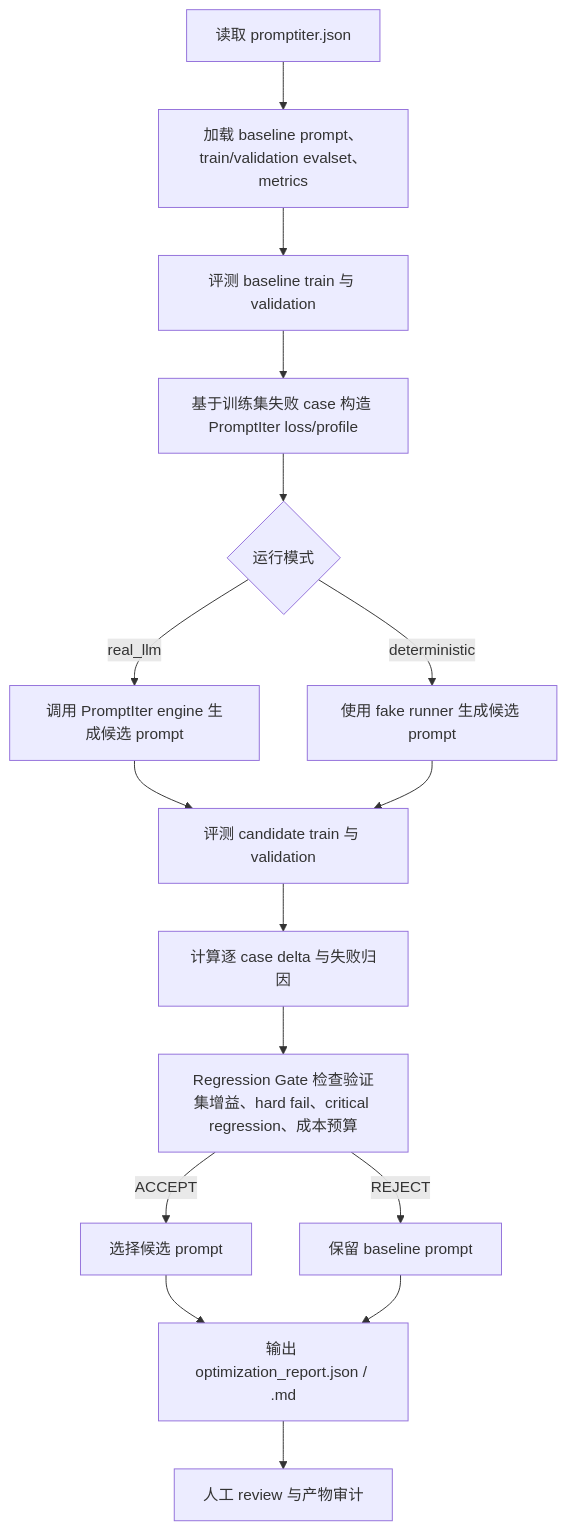
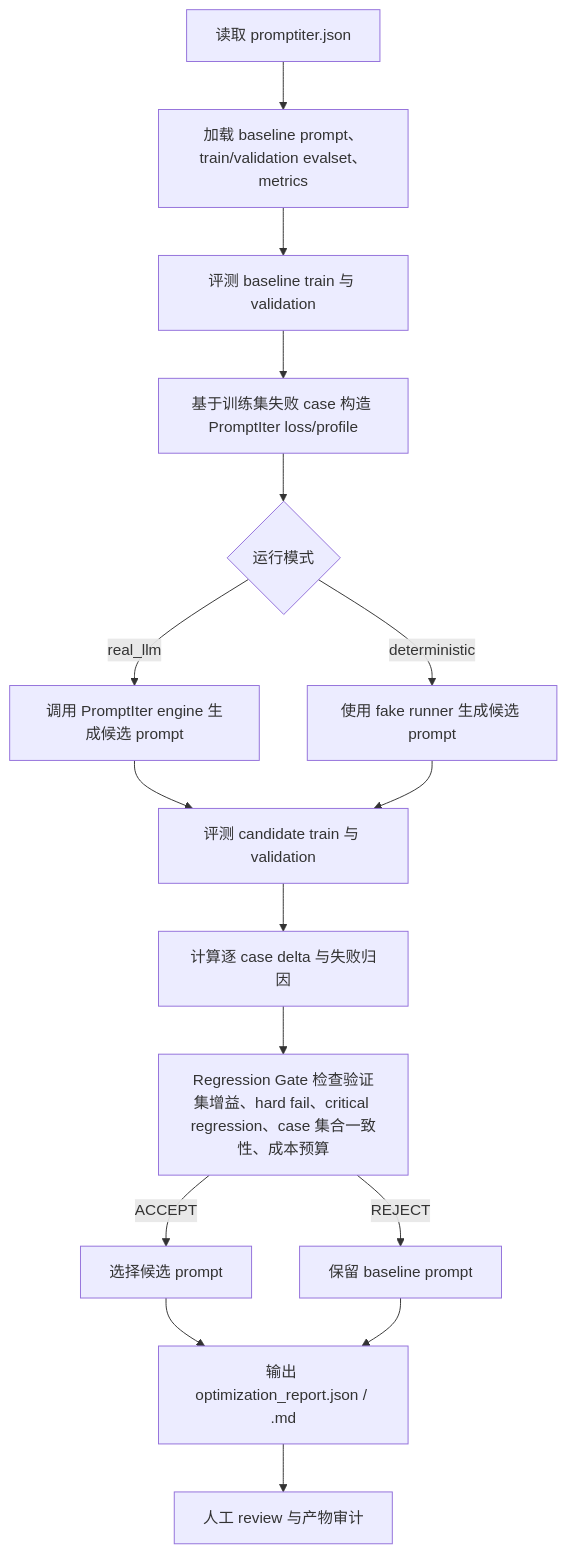
The diagram in examples/evaluation/promptiter_regression_loop/README.md (trpc-group/trpc-agent-go), drawn with Mermaid before and after one commit. The commit also changed other lines of this file and 2 other files, not shown here.

Commit message:
docs: align promptiter regression docs

````diff
--- a/examples/evaluation/promptiter_regression_loop/README.md
+++ b/examples/evaluation/promptiter_regression_loop/README.md
@@ -16,18 +16,18 @@
 ```mermaid
 flowchart TD
     A["读取 promptiter.json"] --> B["加载 baseline prompt、train/validation evalset、metrics"]
     B --> C["评测 baseline train 与 validation"]
     C --> D["基于训练集失败 case 构造 PromptIter loss/profile"]
     D --> E{"运行模式"}
     E -->|real_llm| F["调用 PromptIter engine 生成候选 prompt"]
     E -->|deterministic| G["使用 fake runner 生成候选 prompt"]
     F --> H["评测 candidate train 与 validation"]
     G --> H
     H --> I["计算逐 case delta 与失败归因"]
-    I --> J["Regression Gate 检查验证集增益、hard fail、critical regression、成本预算"]
+    I --> J["Regression Gate 检查验证集增益、hard fail、critical regression、case 集合一致性、成本预算"]
     J -->|ACCEPT| K["选择候选 prompt"]
     J -->|REJECT| L["保留 baseline prompt"]
     K --> M["输出 optimization_report.json / .md"]
     L --> M
     M --> N["人工 review 与产物审计"]
 ```
````
